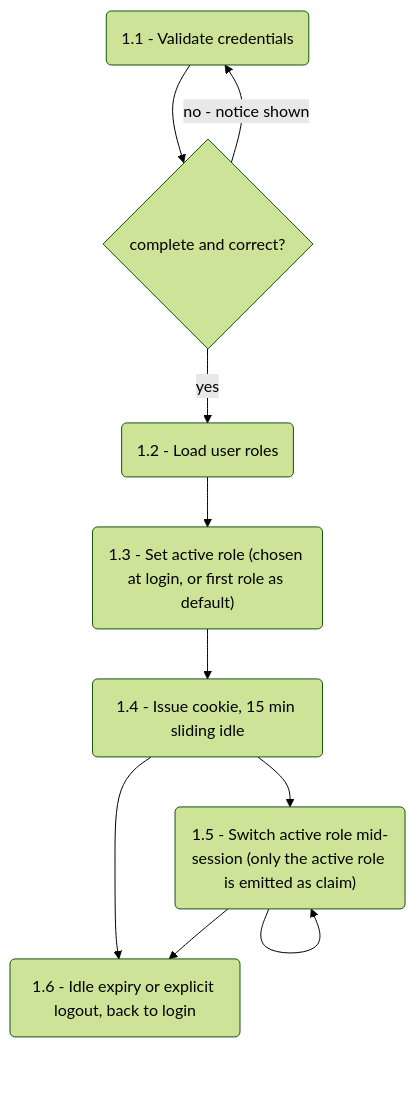
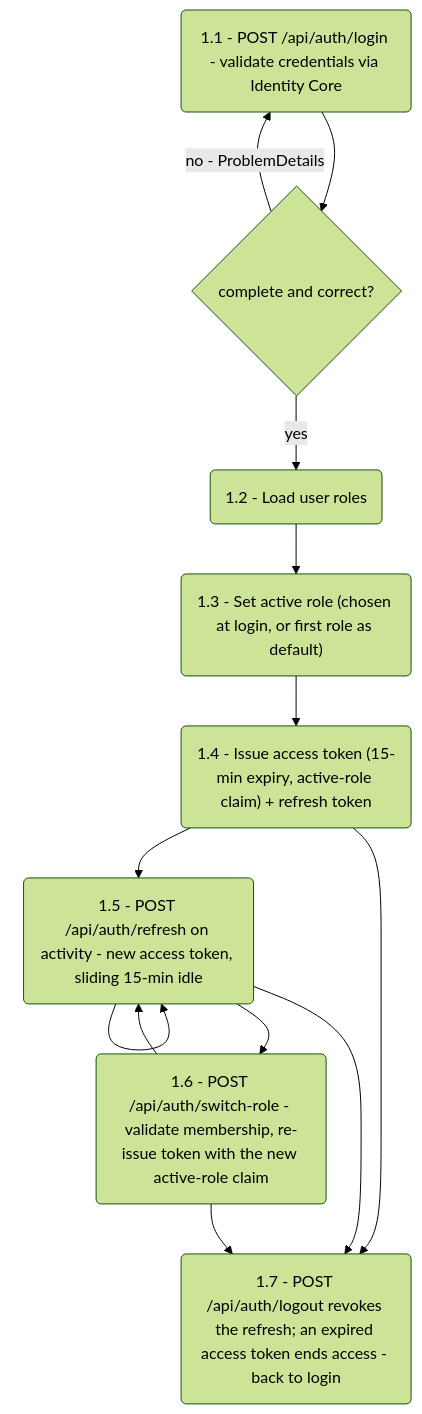
The first of 7 diagrams in architecture/04-dfd-level-2.md (dzulfiqois/stock-monitoring-tso), drawn with Mermaid (forest theme) before and after one commit. The commit also changed other lines of this file and 208 other files, not shown here.

````diff
--- a/architecture/04-dfd-level-2.md
+++ b/architecture/04-dfd-level-2.md
@@ -9,17 +9,22 @@
 ```mermaid
 flowchart TB
-    A1("1.1 - Validate credentials")
+    A1("1.1 - POST /api/auth/login - validate credentials via Identity Core")
     A2{"complete and correct?"}
     A3("1.2 - Load user roles")
     A4("1.3 - Set active role (chosen at login, or first role as default)")
-    A5("1.4 - Issue cookie, 15 min sliding idle")
-    A6("1.5 - Switch active role mid-session (only the active role is emitted as claim)")
-    A7("1.6 - Idle expiry or explicit logout, back to login")
+    A5("1.4 - Issue access token (15-min expiry, active-role claim) + refresh token")
+    A6("1.5 - POST /api/auth/refresh on activity - new access token, sliding 15-min idle")
+    A7("1.6 - POST /api/auth/switch-role - validate membership, re-issue token with the new active-role claim")
+    A8("1.7 - POST /api/auth/logout revokes the refresh; an expired access token ends access - back to login")
 
     A1 --> A2
-    A2 -- "no - notice shown" --> A1
+    A2 -- "no - ProblemDetails" --> A1
     A2 -- "yes" --> A3 --> A4 --> A5
-    A5 --> A6 --> A6
-    A5 --> A7
+    A5 --> A6
+    A6 --> A6
     A6 --> A7
+    A7 --> A6
+    A5 --> A8
+    A6 --> A8
+    A7 --> A8
 ```
````
